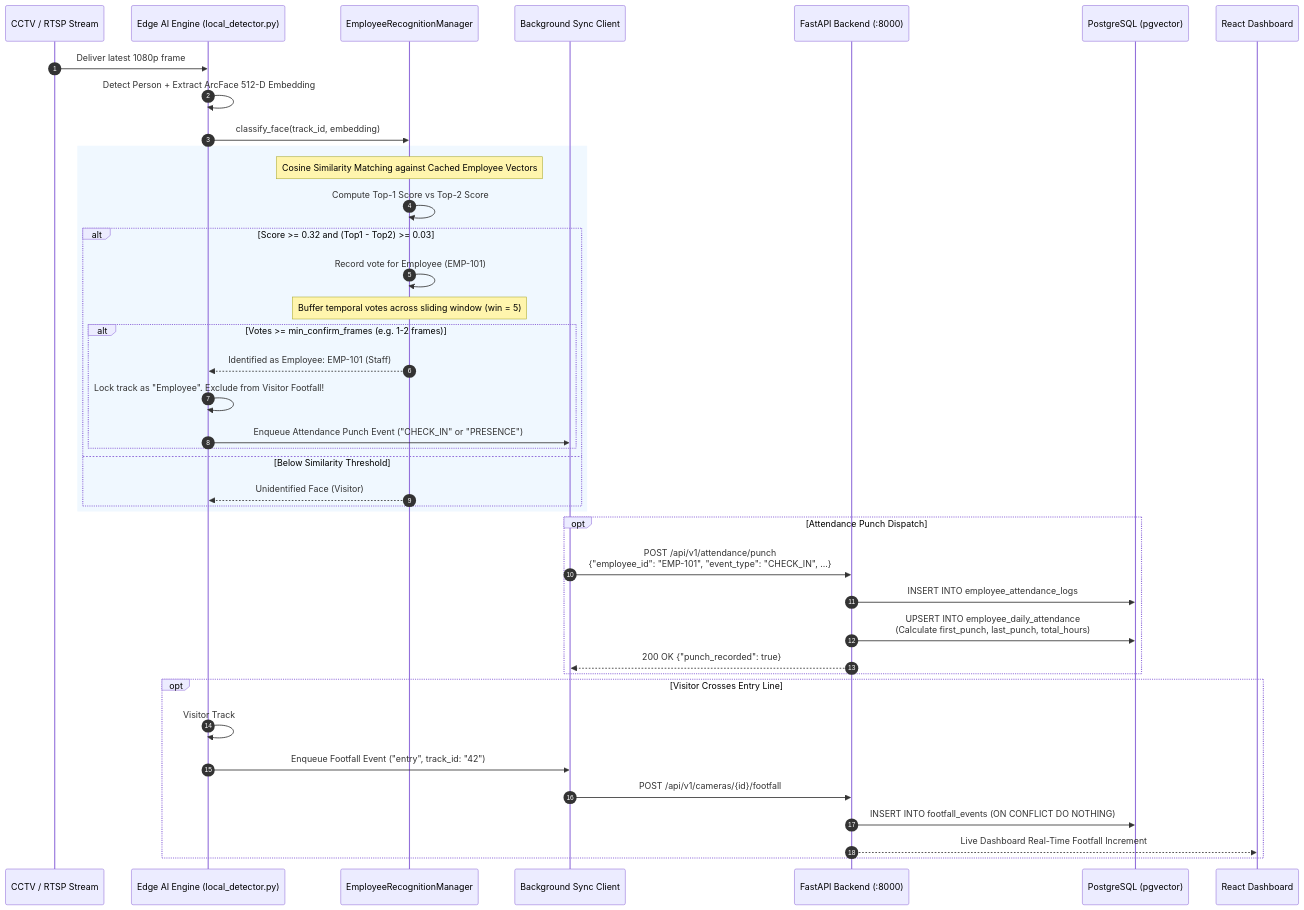
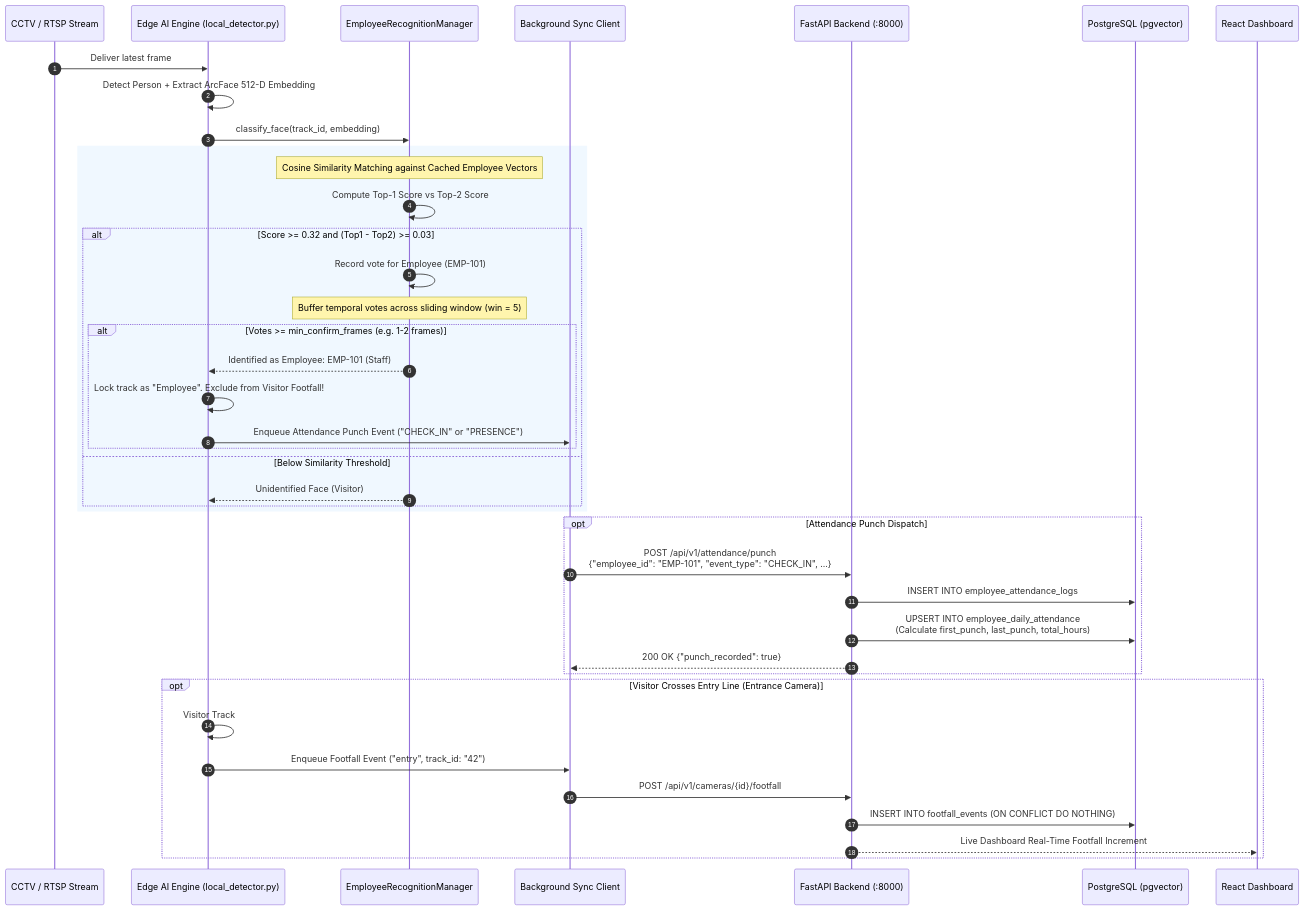
One commit to sujitctpl/jms-tech changed the second of 7 diagrams in flow.md. Above: the diagram before and after it, drawn with Mermaid. The commit also changed other lines of this file and 31 other files, not shown here.

````diff
--- a/flow.md
+++ b/flow.md
@@ -105,46 +111,46 @@
 ```mermaid
 sequenceDiagram
     autonumber
     participant Cam as CCTV / RTSP Stream
     participant Edge as Edge AI Engine (local_detector.py)
     participant Classifier as EmployeeRecognitionManager
     participant Sync as Background Sync Client
     participant API as FastAPI Backend (:8000)
     participant DB as PostgreSQL (pgvector)
     participant UI as React Dashboard
 
-    Cam->>Edge: Deliver latest 1080p frame
+    Cam->>Edge: Deliver latest frame
     Edge->>Edge: Detect Person + Extract ArcFace 512-D Embedding
     Edge->>Classifier: classify_face(track_id, embedding)
     
     rect rgb(240, 248, 255)
     Note over Classifier: Cosine Similarity Matching against Cached Employee Vectors
     Classifier->>Classifier: Compute Top-1 Score vs Top-2 Score
     alt Score >= 0.32 and (Top1 - Top2) >= 0.03
         Classifier->>Classifier: Record vote for Employee (EMP-101)
         Note over Classifier: Buffer temporal votes across sliding window (win = 5)
         alt Votes >= min_confirm_frames (e.g. 1-2 frames)
             Classifier-->>Edge: Identified as Employee: EMP-101 (Staff)
             Edge->>Edge: Lock track as "Employee". Exclude from Visitor Footfall!
             Edge->>Sync: Enqueue Attendance Punch Event ("CHECK_IN" or "PRESENCE")
         end
     else Below Similarity Threshold
         Classifier-->>Edge: Unidentified Face (Visitor)
     end
     end
 
     opt Attendance Punch Dispatch
         Sync->>API: POST /api/v1/attendance/punch<br/>{"employee_id": "EMP-101", "event_type": "CHECK_IN", ...}
         API->>DB: INSERT INTO employee_attendance_logs
         API->>DB: UPSERT INTO employee_daily_attendance<br/>(Calculate first_punch, last_punch, total_hours)
         API-->>Sync: 200 OK {"punch_recorded": true}
     end
 
-    opt Visitor Crosses Entry Line
+    opt Visitor Crosses Entry Line (Entrance Camera)
         Edge->>Edge: Visitor Track #42 crosses virtual line
         Edge->>Sync: Enqueue Footfall Event ("entry", track_id: "42")
         Sync->>API: POST /api/v1/cameras/{id}/footfall
         API->>DB: INSERT INTO footfall_events (ON CONFLICT DO NOTHING)
         API-->>UI: Live Dashboard Real-Time Footfall Increment
     end
 ```
````
